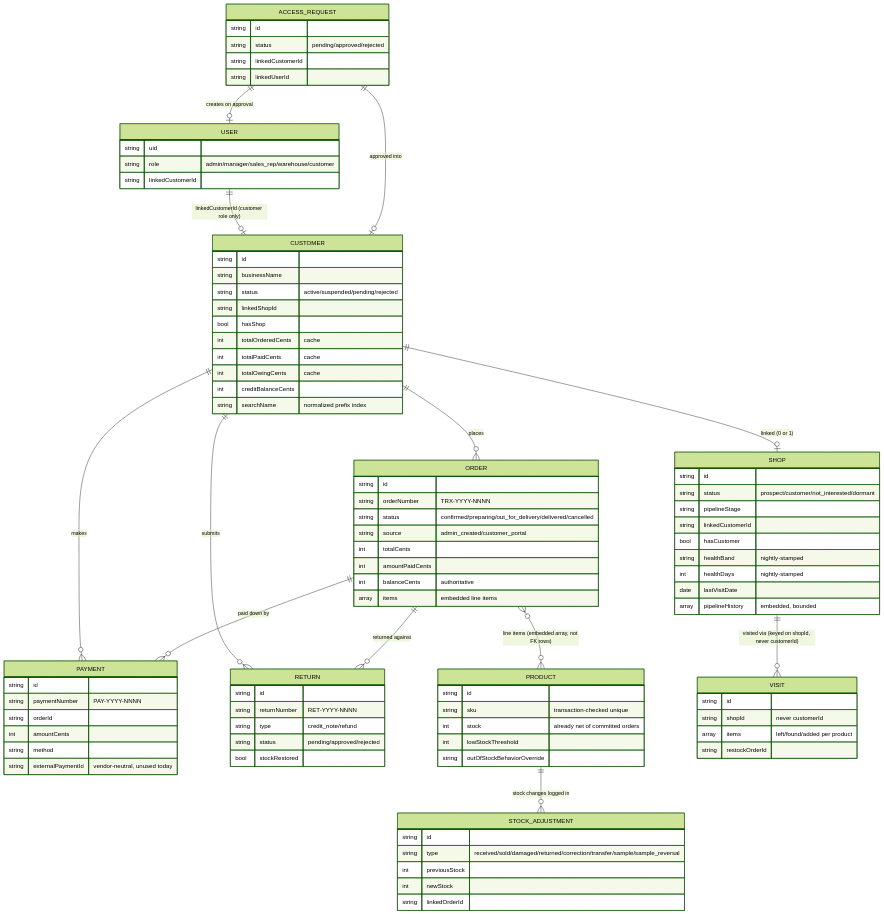
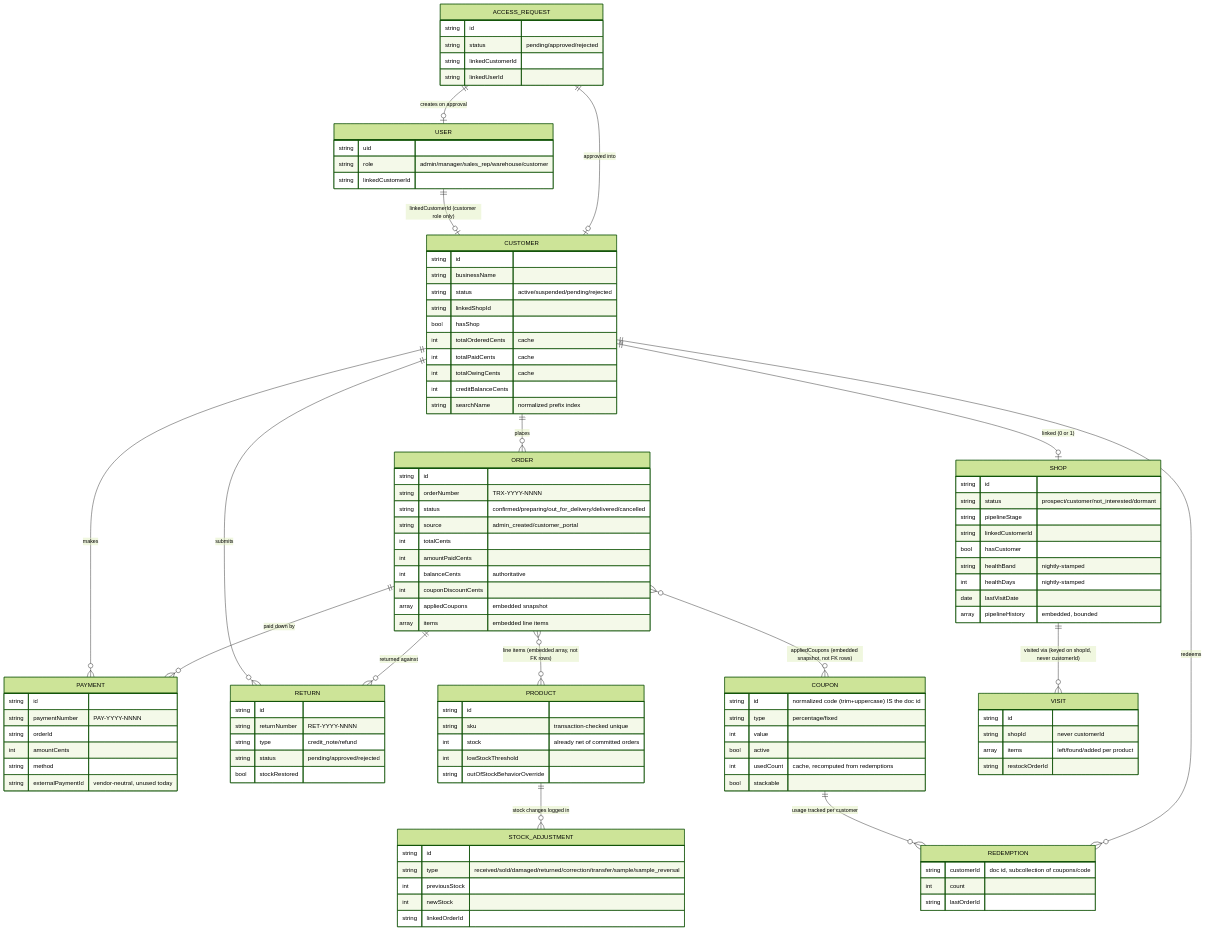
The sixth of 21 diagrams in docs/SOFTWARE_ARCHITECTURE_DOCUMENT.md (Sumayya-CC/tropx), drawn with Mermaid (forest theme) before and after one commit. The commit also changed other lines of this file and 33 other files, not shown here.

```diff
--- a/docs/SOFTWARE_ARCHITECTURE_DOCUMENT.md
+++ b/docs/SOFTWARE_ARCHITECTURE_DOCUMENT.md
@@ -355,6 +355,9 @@
     ORDER ||--o{ PAYMENT : "paid down by"
     ORDER ||--o{ RETURN : "returned against"
     ORDER }o--o{ PRODUCT : "line items (embedded array, not FK rows)"
+    ORDER }o--o{ COUPON : "appliedCoupons (embedded snapshot, not FK rows)"
+    COUPON ||--o{ REDEMPTION : "usage tracked per customer"
+    CUSTOMER ||--o{ REDEMPTION : "redeems"
     PRODUCT ||--o{ STOCK_ADJUSTMENT : "stock changes logged in"
     SHOP ||--o{ VISIT : "visited via (keyed on shopId, never customerId)"
     USER ||--o| CUSTOMER : "linkedCustomerId (customer role only)"
@@ -392,6 +395,8 @@
         int totalCents
         int amountPaidCents
         int balanceCents "authoritative"
+        int couponDiscountCents
+        array appliedCoupons "embedded snapshot"
         array items "embedded line items"
     }
     PAYMENT {
@@ -423,6 +428,19 @@
         int newStock
         string linkedOrderId
     }
+    COUPON {
+        string id "normalized code (trim+uppercase) IS the doc id"
+        string type "percentage/fixed"
+        int value
+        bool active
+        int usedCount "cache, recomputed from redemptions"
+        bool stackable
+    }
+    REDEMPTION {
+        string customerId "doc id, subcollection of coupons/code"
+        int count
+        string lastOrderId
+    }
     VISIT {
         string id
         string shopId "never customerId"
```
